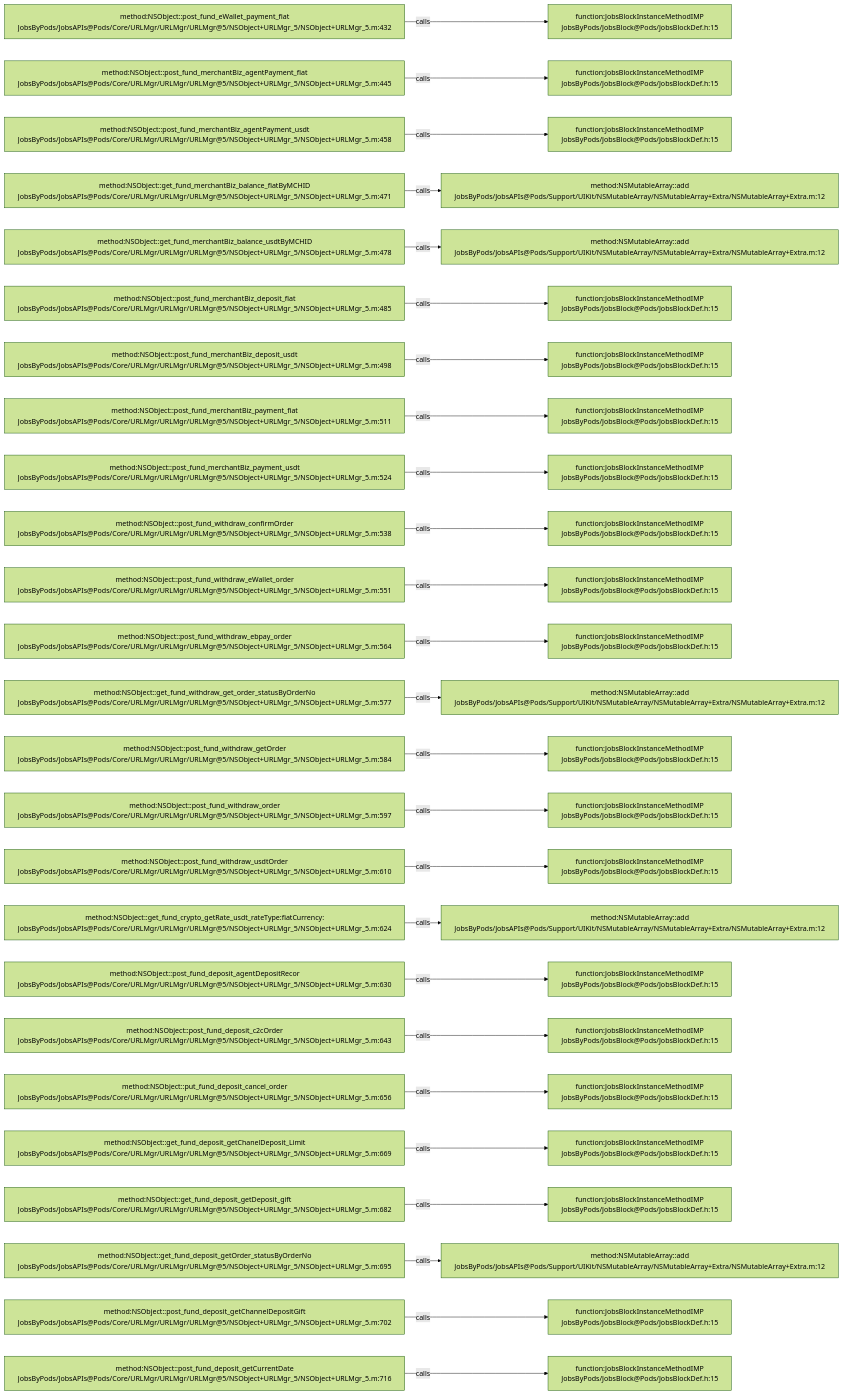
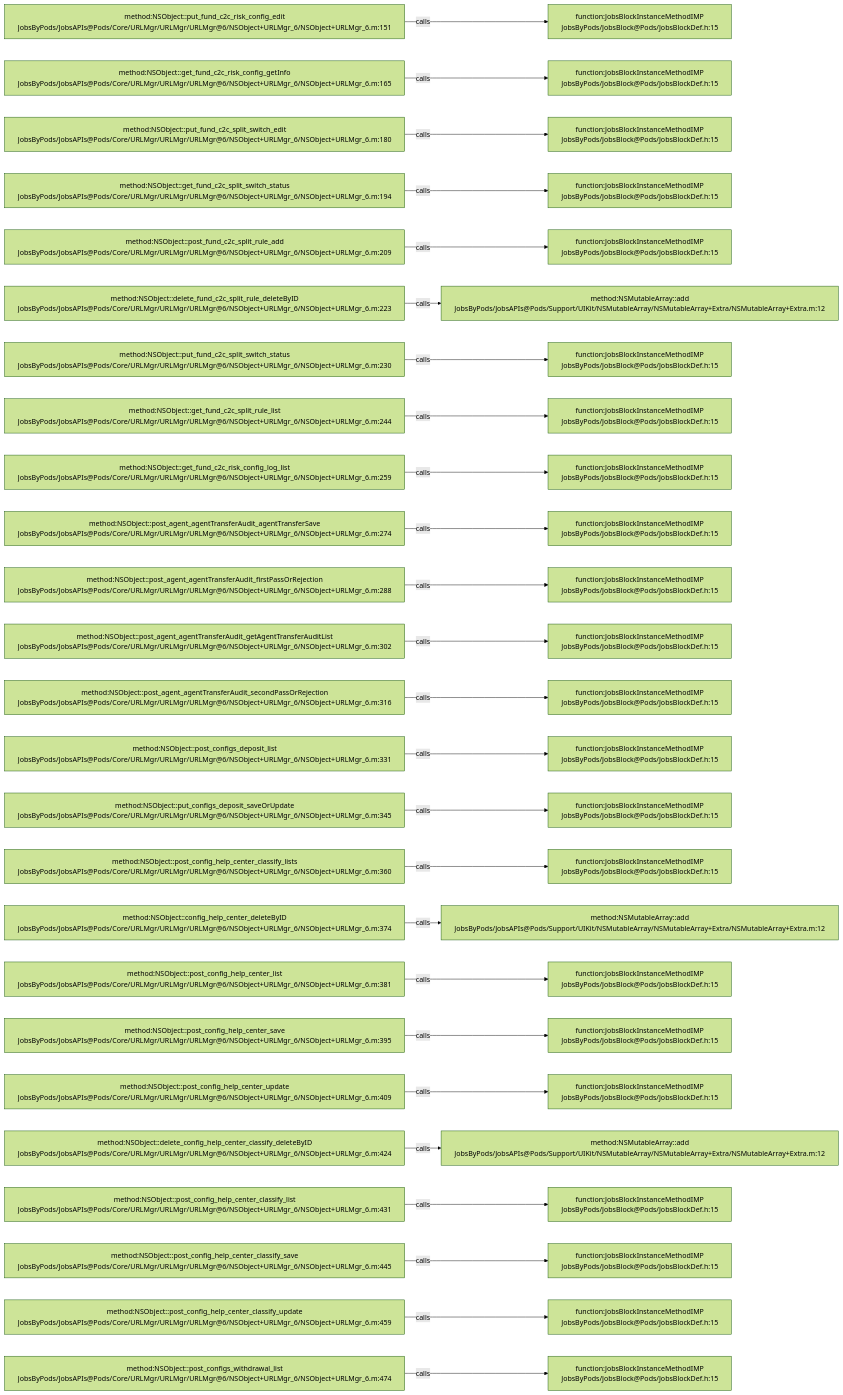
The diagram in .codegraph/codegraph.md/graphs/calls-065.md (JobsKits/JobsOCBaseConfigDemo), drawn with Mermaid (forest theme) before and after one commit. The commit also changed 223 other files, not shown here.

````diff
--- a/.codegraph/codegraph.md/graphs/calls-065.md
+++ b/.codegraph/codegraph.md/graphs/calls-065.md
@@ -13,78 +13,78 @@
 ```mermaid
 flowchart LR
-  S1["method:NSObject::post_fund_eWallet_payment_fiat<br/>JobsByPods/JobsAPIs@Pods/Core/URLMgr/URLMgr/URLMgr@5/NSObject+URLMgr_5/NSObject+URLMgr_5.m:432"]
+  S1["method:NSObject::put_fund_c2c_risk_config_edit<br/>JobsByPods/JobsAPIs@Pods/Core/URLMgr/URLMgr/URLMgr@6/NSObject+URLMgr_6/NSObject+URLMgr_6.m:151"]
   T1["function:JobsBlockInstanceMethodIMP<br/>JobsByPods/JobsBlock@Pods/JobsBlockDef.h:15"]
   S1 -->|calls| T1
-  S2["method:NSObject::post_fund_merchantBiz_agentPayment_fiat<br/>JobsByPods/JobsAPIs@Pods/Core/URLMgr/URLMgr/URLMgr@5/NSObject+URLMgr_5/NSObject+URLMgr_5.m:445"]
+  S2["method:NSObject::get_fund_c2c_risk_config_getInfo<br/>JobsByPods/JobsAPIs@Pods/Core/URLMgr/URLMgr/URLMgr@6/NSObject+URLMgr_6/NSObject+URLMgr_6.m:165"]
   T2["function:JobsBlockInstanceMethodIMP<br/>JobsByPods/JobsBlock@Pods/JobsBlockDef.h:15"]
   S2 -->|calls| T2
-  S3["method:NSObject::post_fund_merchantBiz_agentPayment_usdt<br/>JobsByPods/JobsAPIs@Pods/Core/URLMgr/URLMgr/URLMgr@5/NSObject+URLMgr_5/NSObject+URLMgr_5.m:458"]
+  S3["method:NSObject::put_fund_c2c_split_switch_edit<br/>JobsByPods/JobsAPIs@Pods/Core/URLMgr/URLMgr/URLMgr@6/NSObject+URLMgr_6/NSObject+URLMgr_6.m:180"]
   T3["function:JobsBlockInstanceMethodIMP<br/>JobsByPods/JobsBlock@Pods/JobsBlockDef.h:15"]
   S3 -->|calls| T3
-  S4["method:NSObject::get_fund_merchantBiz_balance_fiatByMCHID<br/>JobsByPods/JobsAPIs@Pods/Core/URLMgr/URLMgr/URLMgr@5/NSObject+URLMgr_5/NSObject+URLMgr_5.m:471"]
-  T4["method:NSMutableArray::add<br/>JobsByPods/JobsAPIs@Pods/Support/UIKit/NSMutableArray/NSMutableArray+Extra/NSMutableArray+Extra.m:12"]
+  S4["method:NSObject::get_fund_c2c_split_switch_status<br/>JobsByPods/JobsAPIs@Pods/Core/URLMgr/URLMgr/URLMgr@6/NSObject+URLMgr_6/NSObject+URLMgr_6.m:194"]
+  T4["function:JobsBlockInstanceMethodIMP<br/>JobsByPods/JobsBlock@Pods/JobsBlockDef.h:15"]
   S4 -->|calls| T4
-  S5["method:NSObject::get_fund_merchantBiz_balance_usdtByMCHID<br/>JobsByPods/JobsAPIs@Pods/Core/URLMgr/URLMgr/URLMgr@5/NSObject+URLMgr_5/NSObject+URLMgr_5.m:478"]
-  T5["method:NSMutableArray::add<br/>JobsByPods/JobsAPIs@Pods/Support/UIKit/NSMutableArray/NSMutableArray+Extra/NSMutableArray+Extra.m:12"]
+  S5["method:NSObject::post_fund_c2c_split_rule_add<br/>JobsByPods/JobsAPIs@Pods/Core/URLMgr/URLMgr/URLMgr@6/NSObject+URLMgr_6/NSObject+URLMgr_6.m:209"]
+  T5["function:JobsBlockInstanceMethodIMP<br/>JobsByPods/JobsBlock@Pods/JobsBlockDef.h:15"]
   S5 -->|calls| T5
-  S6["method:NSObject::post_fund_merchantBiz_deposit_fiat<br/>JobsByPods/JobsAPIs@Pods/Core/URLMgr/URLMgr/URLMgr@5/NSObject+URLMgr_5/NSObject+URLMgr_5.m:485"]
-  T6["function:JobsBlockInstanceMethodIMP<br/>JobsByPods/JobsBlock@Pods/JobsBlockDef.h:15"]
+  S6["method:NSObject::delete_fund_c2c_split_rule_deleteByID<br/>JobsByPods/JobsAPIs@Pods/Core/URLMgr/URLMgr/URLMgr@6/NSObject+URLMgr_6/NSObject+URLMgr_6.m:223"]
+  T6["method:NSMutableArray::add<br/>JobsByPods/JobsAPIs@Pods/Support/UIKit/NSMutableArray/NSMutableArray+Extra/NSMutableArray+Extra.m:12"]
   S6 -->|calls| T6
-  S7["method:NSObject::post_fund_merchantBiz_deposit_usdt<br/>JobsByPods/JobsAPIs@Pods/Core/URLMgr/URLMgr/URLMgr@5/NSObject+URLMgr_5/NSObject+URLMgr_5.m:498"]
+  S7["method:NSObject::put_fund_c2c_split_switch_status<br/>JobsByPods/JobsAPIs@Pods/Core/URLMgr/URLMgr/URLMgr@6/NSObject+URLMgr_6/NSObject+URLMgr_6.m:230"]
   T7["function:JobsBlockInstanceMethodIMP<br/>JobsByPods/JobsBlock@Pods/JobsBlockDef.h:15"]
   S7 -->|calls| T7
-  S8["method:NSObject::post_fund_merchantBiz_payment_fiat<br/>JobsByPods/JobsAPIs@Pods/Core/URLMgr/URLMgr/URLMgr@5/NSObject+URLMgr_5/NSObject+URLMgr_5.m:511"]
+  S8["method:NSObject::get_fund_c2c_split_rule_list<br/>JobsByPods/JobsAPIs@Pods/Core/URLMgr/URLMgr/URLMgr@6/NSObject+URLMgr_6/NSObject+URLMgr_6.m:244"]
   T8["function:JobsBlockInstanceMethodIMP<br/>JobsByPods/JobsBlock@Pods/JobsBlockDef.h:15"]
   S8 -->|calls| T8
-  S9["method:NSObject::post_fund_merchantBiz_payment_usdt<br/>JobsByPods/JobsAPIs@Pods/Core/URLMgr/URLMgr/URLMgr@5/NSObject+URLMgr_5/NSObject+URLMgr_5.m:524"]
+  S9["method:NSObject::get_fund_c2c_risk_config_log_list<br/>JobsByPods/JobsAPIs@Pods/Core/URLMgr/URLMgr/URLMgr@6/NSObject+URLMgr_6/NSObject+URLMgr_6.m:259"]
   T9["function:JobsBlockInstanceMethodIMP<br/>JobsByPods/JobsBlock@Pods/JobsBlockDef.h:15"]
   S9 -->|calls| T9
-  S10["method:NSObject::post_fund_withdraw_confirmOrder<br/>JobsByPods/JobsAPIs@Pods/Core/URLMgr/URLMgr/URLMgr@5/NSObject+URLMgr_5/NSObject+URLMgr_5.m:538"]
+  S10["method:NSObject::post_agent_agentTransferAudit_agentTransferSave<br/>JobsByPods/JobsAPIs@Pods/Core/URLMgr/URLMgr/URLMgr@6/NSObject+URLMgr_6/NSObject+URLMgr_6.m:274"]
   T10["function:JobsBlockInstanceMethodIMP<br/>JobsByPods/JobsBlock@Pods/JobsBlockDef.h:15"]
   S10 -->|calls| T10
-  S11["method:NSObject::post_fund_withdraw_eWallet_order<br/>JobsByPods/JobsAPIs@Pods/Core/URLMgr/URLMgr/URLMgr@5/NSObject+URLMgr_5/NSObject+URLMgr_5.m:551"]
+  S11["method:NSObject::post_agent_agentTransferAudit_firstPassOrRejection<br/>JobsByPods/JobsAPIs@Pods/Core/URLMgr/URLMgr/URLMgr@6/NSObject+URLMgr_6/NSObject+URLMgr_6.m:288"]
   T11["function:JobsBlockInstanceMethodIMP<br/>JobsByPods/JobsBlock@Pods/JobsBlockDef.h:15"]
   S11 -->|calls| T11
-  S12["method:NSObject::post_fund_withdraw_ebpay_order<br/>JobsByPods/JobsAPIs@Pods/Core/URLMgr/URLMgr/URLMgr@5/NSObject+URLMgr_5/NSObject+URLMgr_5.m:564"]
+  S12["method:NSObject::post_agent_agentTransferAudit_getAgentTransferAuditList<br/>JobsByPods/JobsAPIs@Pods/Core/URLMgr/URLMgr/URLMgr@6/NSObject+URLMgr_6/NSObject+URLMgr_6.m:302"]
   T12["function:JobsBlockInstanceMethodIMP<br/>JobsByPods/JobsBlock@Pods/JobsBlockDef.h:15"]
   S12 -->|calls| T12
-  S13["method:NSObject::get_fund_withdraw_get_order_statusByOrderNo<br/>JobsByPods/JobsAPIs@Pods/Core/URLMgr/URLMgr/URLMgr@5/NSObject+URLMgr_5/NSObject+URLMgr_5.m:577"]
-  T13["method:NSMutableArray::add<br/>JobsByPods/JobsAPIs@Pods/Support/UIKit/NSMutableArray/NSMutableArray+Extra/NSMutableArray+Extra.m:12"]
+  S13["method:NSObject::post_agent_agentTransferAudit_secondPassOrRejection<br/>JobsByPods/JobsAPIs@Pods/Core/URLMgr/URLMgr/URLMgr@6/NSObject+URLMgr_6/NSObject+URLMgr_6.m:316"]
+  T13["function:JobsBlockInstanceMethodIMP<br/>JobsByPods/JobsBlock@Pods/JobsBlockDef.h:15"]
   S13 -->|calls| T13
-  S14["method:NSObject::post_fund_withdraw_getOrder<br/>JobsByPods/JobsAPIs@Pods/Core/URLMgr/URLMgr/URLMgr@5/NSObject+URLMgr_5/NSObject+URLMgr_5.m:584"]
+  S14["method:NSObject::post_configs_deposit_list<br/>JobsByPods/JobsAPIs@Pods/Core/URLMgr/URLMgr/URLMgr@6/NSObject+URLMgr_6/NSObject+URLMgr_6.m:331"]
   T14["function:JobsBlockInstanceMethodIMP<br/>JobsByPods/JobsBlock@Pods/JobsBlockDef.h:15"]
   S14 -->|calls| T14
-  S15["method:NSObject::post_fund_withdraw_order<br/>JobsByPods/JobsAPIs@Pods/Core/URLMgr/URLMgr/URLMgr@5/NSObject+URLMgr_5/NSObject+URLMgr_5.m:597"]
+  S15["method:NSObject::put_configs_deposit_saveOrUpdate<br/>JobsByPods/JobsAPIs@Pods/Core/URLMgr/URLMgr/URLMgr@6/NSObject+URLMgr_6/NSObject+URLMgr_6.m:345"]
   T15["function:JobsBlockInstanceMethodIMP<br/>JobsByPods/JobsBlock@Pods/JobsBlockDef.h:15"]
   S15 -->|calls| T15
-  S16["method:NSObject::post_fund_withdraw_usdtOrder<br/>JobsByPods/JobsAPIs@Pods/Core/URLMgr/URLMgr/URLMgr@5/NSObject+URLMgr_5/NSObject+URLMgr_5.m:610"]
+  S16["method:NSObject::post_config_help_center_classify_lists<br/>JobsByPods/JobsAPIs@Pods/Core/URLMgr/URLMgr/URLMgr@6/NSObject+URLMgr_6/NSObject+URLMgr_6.m:360"]
   T16["function:JobsBlockInstanceMethodIMP<br/>JobsByPods/JobsBlock@Pods/JobsBlockDef.h:15"]
   S16 -->|calls| T16
-  S17["method:NSObject::get_fund_crypto_getRate_usdt_rateType:fiatCurrency:<br/>JobsByPods/JobsAPIs@Pods/Core/URLMgr/URLMgr/URLMgr@5/NSObject+URLMgr_5/NSObject+URLMgr_5.m:624"]
+  S17["method:NSObject::config_help_center_deleteByID<br/>JobsByPods/JobsAPIs@Pods/Core/URLMgr/URLMgr/URLMgr@6/NSObject+URLMgr_6/NSObject+URLMgr_6.m:374"]
   T17["method:NSMutableArray::add<br/>JobsByPods/JobsAPIs@Pods/Support/UIKit/NSMutableArray/NSMutableArray+Extra/NSMutableArray+Extra.m:12"]
   S17 -->|calls| T17
-  S18["method:NSObject::post_fund_deposit_agentDepositRecor<br/>JobsByPods/JobsAPIs@Pods/Core/URLMgr/URLMgr/URLMgr@5/NSObject+URLMgr_5/NSObject+URLMgr_5.m:630"]
+  S18["method:NSObject::post_config_help_center_list<br/>JobsByPods/JobsAPIs@Pods/Core/URLMgr/URLMgr/URLMgr@6/NSObject+URLMgr_6/NSObject+URLMgr_6.m:381"]
   T18["function:JobsBlockInstanceMethodIMP<br/>JobsByPods/JobsBlock@Pods/JobsBlockDef.h:15"]
   S18 -->|calls| T18
-  S19["method:NSObject::post_fund_deposit_c2cOrder<br/>JobsByPods/JobsAPIs@Pods/Core/URLMgr/URLMgr/URLMgr@5/NSObject+URLMgr_5/NSObject+URLMgr_5.m:643"]
+  S19["method:NSObject::post_config_help_center_save<br/>JobsByPods/JobsAPIs@Pods/Core/URLMgr/URLMgr/URLMgr@6/NSObject+URLMgr_6/NSObject+URLMgr_6.m:395"]
   T19["function:JobsBlockInstanceMethodIMP<br/>JobsByPods/JobsBlock@Pods/JobsBlockDef.h:15"]
   S19 -->|calls| T19
-  S20["method:NSObject::put_fund_deposit_cancel_order<br/>JobsByPods/JobsAPIs@Pods/Core/URLMgr/URLMgr/URLMgr@5/NSObject+URLMgr_5/NSObject+URLMgr_5.m:656"]
+  S20["method:NSObject::post_config_help_center_update<br/>JobsByPods/JobsAPIs@Pods/Core/URLMgr/URLMgr/URLMgr@6/NSObject+URLMgr_6/NSObject+URLMgr_6.m:409"]
   T20["function:JobsBlockInstanceMethodIMP<br/>JobsByPods/JobsBlock@Pods/JobsBlockDef.h:15"]
   S20 -->|calls| T20
-  S21["method:NSObject::get_fund_deposit_getChanelDeposit_Limit<br/>JobsByPods/JobsAPIs@Pods/Core/URLMgr/URLMgr/URLMgr@5/NSObject+URLMgr_5/NSObject+URLMgr_5.m:669"]
-  T21["function:JobsBlockInstanceMethodIMP<br/>JobsByPods/JobsBlock@Pods/JobsBlockDef.h:15"]
+  S21["method:NSObject::delete_config_help_center_classify_deleteByID<br/>JobsByPods/JobsAPIs@Pods/Core/URLMgr/URLMgr/URLMgr@6/NSObject+URLMgr_6/NSObject+URLMgr_6.m:424"]
+  T21["method:NSMutableArray::add<br/>JobsByPods/JobsAPIs@Pods/Support/UIKit/NSMutableArray/NSMutableArray+Extra/NSMutableArray+Extra.m:12"]
   S21 -->|calls| T21
-  S22["method:NSObject::get_fund_deposit_getDeposit_gift<br/>JobsByPods/JobsAPIs@Pods/Core/URLMgr/URLMgr/URLMgr@5/NSObject+URLMgr_5/NSObject+URLMgr_5.m:682"]
+  S22["method:NSObject::post_config_help_center_classify_list<br/>JobsByPods/JobsAPIs@Pods/Core/URLMgr/URLMgr/URLMgr@6/NSObject+URLMgr_6/NSObject+URLMgr_6.m:431"]
   T22["function:JobsBlockInstanceMethodIMP<br/>JobsByPods/JobsBlock@Pods/JobsBlockDef.h:15"]
   S22 -->|calls| T22
-  S23["method:NSObject::get_fund_deposit_getOrder_statusByOrderNo<br/>JobsByPods/JobsAPIs@Pods/Core/URLMgr/URLMgr/URLMgr@5/NSObject+URLMgr_5/NSObject+URLMgr_5.m:695"]
-  T23["method:NSMutableArray::add<br/>JobsByPods/JobsAPIs@Pods/Support/UIKit/NSMutableArray/NSMutableArray+Extra/NSMutableArray+Extra.m:12"]
+  S23["method:NSObject::post_config_help_center_classify_save<br/>JobsByPods/JobsAPIs@Pods/Core/URLMgr/URLMgr/URLMgr@6/NSObject+URLMgr_6/NSObject+URLMgr_6.m:445"]
+  T23["function:JobsBlockInstanceMethodIMP<br/>JobsByPods/JobsBlock@Pods/JobsBlockDef.h:15"]
   S23 -->|calls| T23
-  S24["method:NSObject::post_fund_deposit_getChannelDepositGift<br/>JobsByPods/JobsAPIs@Pods/Core/URLMgr/URLMgr/URLMgr@5/NSObject+URLMgr_5/NSObject+URLMgr_5.m:702"]
+  S24["method:NSObject::post_config_help_center_classify_update<br/>JobsByPods/JobsAPIs@Pods/Core/URLMgr/URLMgr/URLMgr@6/NSObject+URLMgr_6/NSObject+URLMgr_6.m:459"]
   T24["function:JobsBlockInstanceMethodIMP<br/>JobsByPods/JobsBlock@Pods/JobsBlockDef.h:15"]
   S24 -->|calls| T24
-  S25["method:NSObject::post_fund_deposit_getCurrentDate<br/>JobsByPods/JobsAPIs@Pods/Core/URLMgr/URLMgr/URLMgr@5/NSObject+URLMgr_5/NSObject+URLMgr_5.m:716"]
+  S25["method:NSObject::post_configs_withdrawal_list<br/>JobsByPods/JobsAPIs@Pods/Core/URLMgr/URLMgr/URLMgr@6/NSObject+URLMgr_6/NSObject+URLMgr_6.m:474"]
   T25["function:JobsBlockInstanceMethodIMP<br/>JobsByPods/JobsBlock@Pods/JobsBlockDef.h:15"]
   S25 -->|calls| T25
 ```
````
